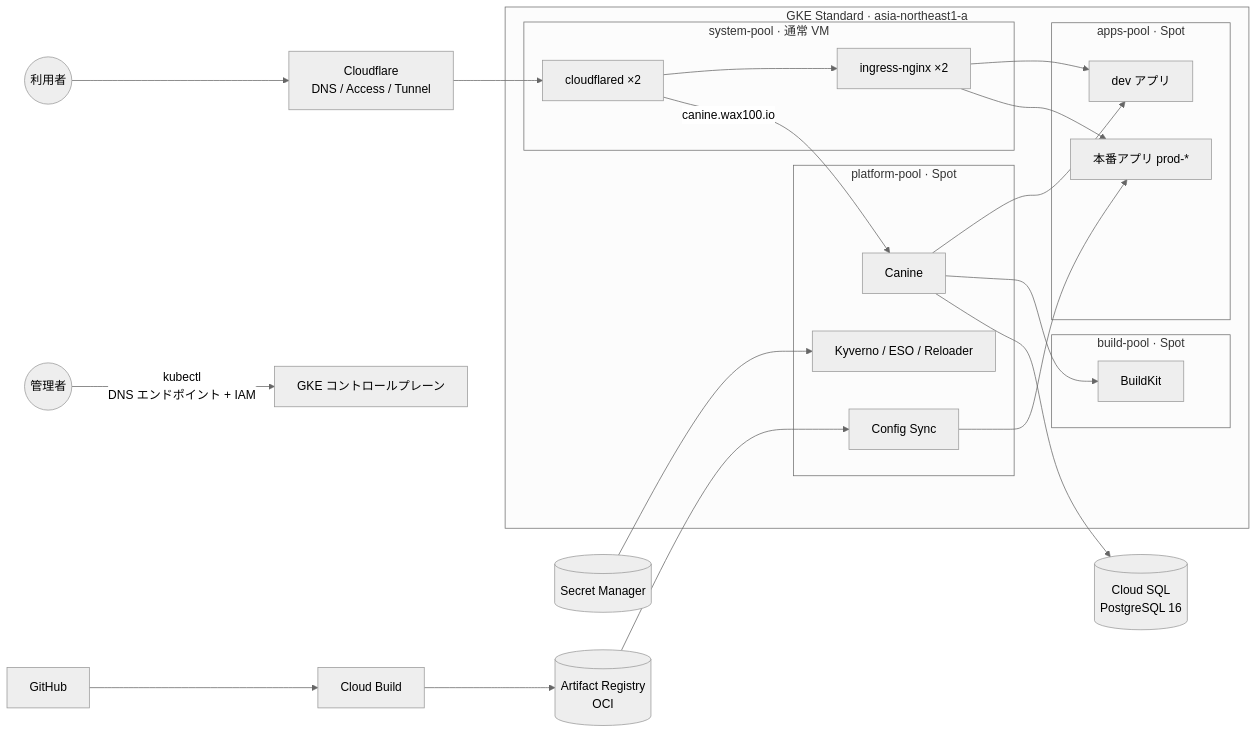
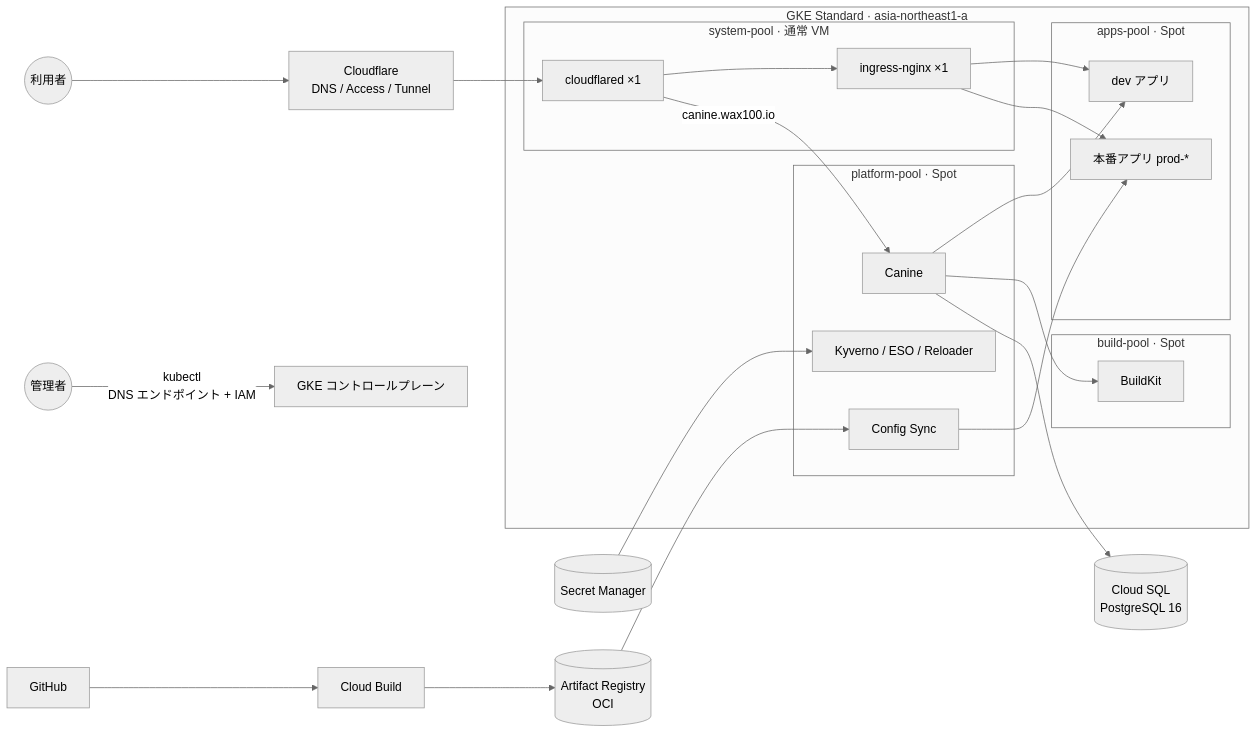
The diagram in README.md (waxsd100/k8s-platform), drawn with Mermaid (neutral theme) before and after one commit. The commit also changed other lines of this file and 16 other files, not shown here.

````diff
--- a/README.md
+++ b/README.md
@@ -28,33 +28,33 @@
 ```mermaid
 flowchart LR
   user((利用者)) --> cf[Cloudflare<br/>DNS / Access / Tunnel]
   admin((管理者)) -->|kubectl<br/>DNS エンドポイント + IAM| cp[GKE コントロールプレーン]
 
   subgraph gke[GKE Standard · asia-northeast1-a]
     subgraph sys[system-pool · 通常 VM]
-      cfd[cloudflared ×2] --> nginx[ingress-nginx ×2]
+      cfd[cloudflared ×1] --> nginx[ingress-nginx ×1]
     end
     subgraph plat[platform-pool · Spot]
       canine[Canine]
       cs[Config Sync]
       kyv[Kyverno / ESO / Reloader]
     end
     subgraph apps[apps-pool · Spot]
       dev[dev アプリ]
       prod[本番アプリ prod-*]
     end
     subgraph build[build-pool · Spot]
       bk[BuildKit]
     end
   end
 
   cf --> cfd
   nginx --> dev & prod
   cfd -->|canine.wax100.io| canine
   canine --> dev
   canine --> bk
 
   gh[GitHub] --> cb[Cloud Build] --> ar[(Artifact Registry<br/>OCI)] --> cs --> prod
   sm[(Secret Manager)] --> kyv
   canine --> sql[(Cloud SQL<br/>PostgreSQL 16)]
 ```
````
